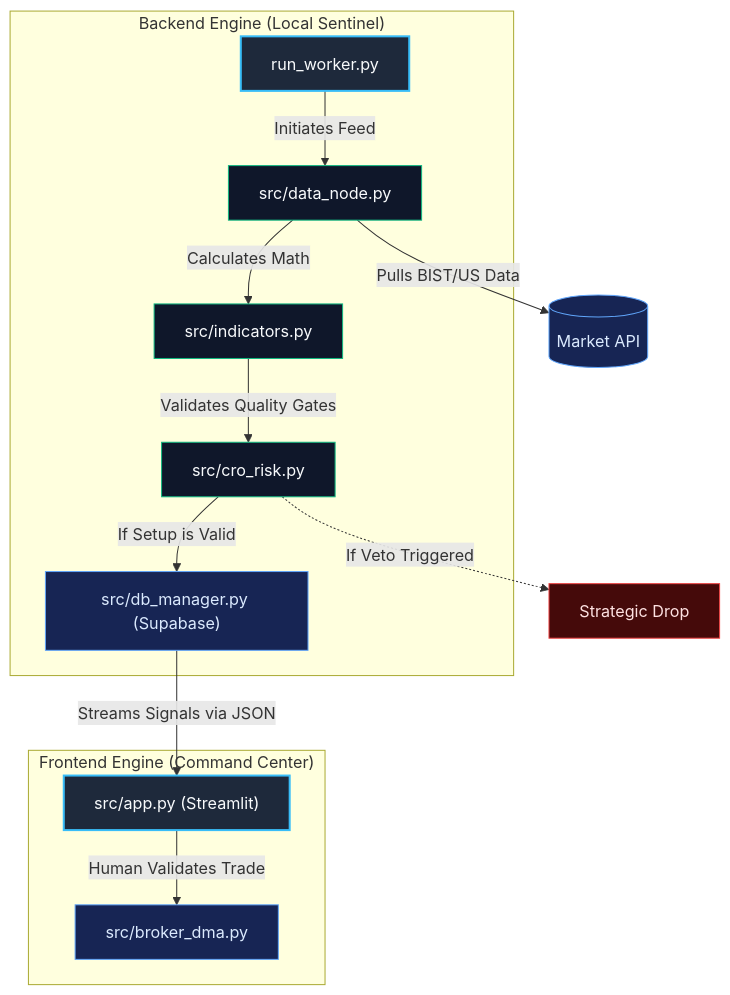
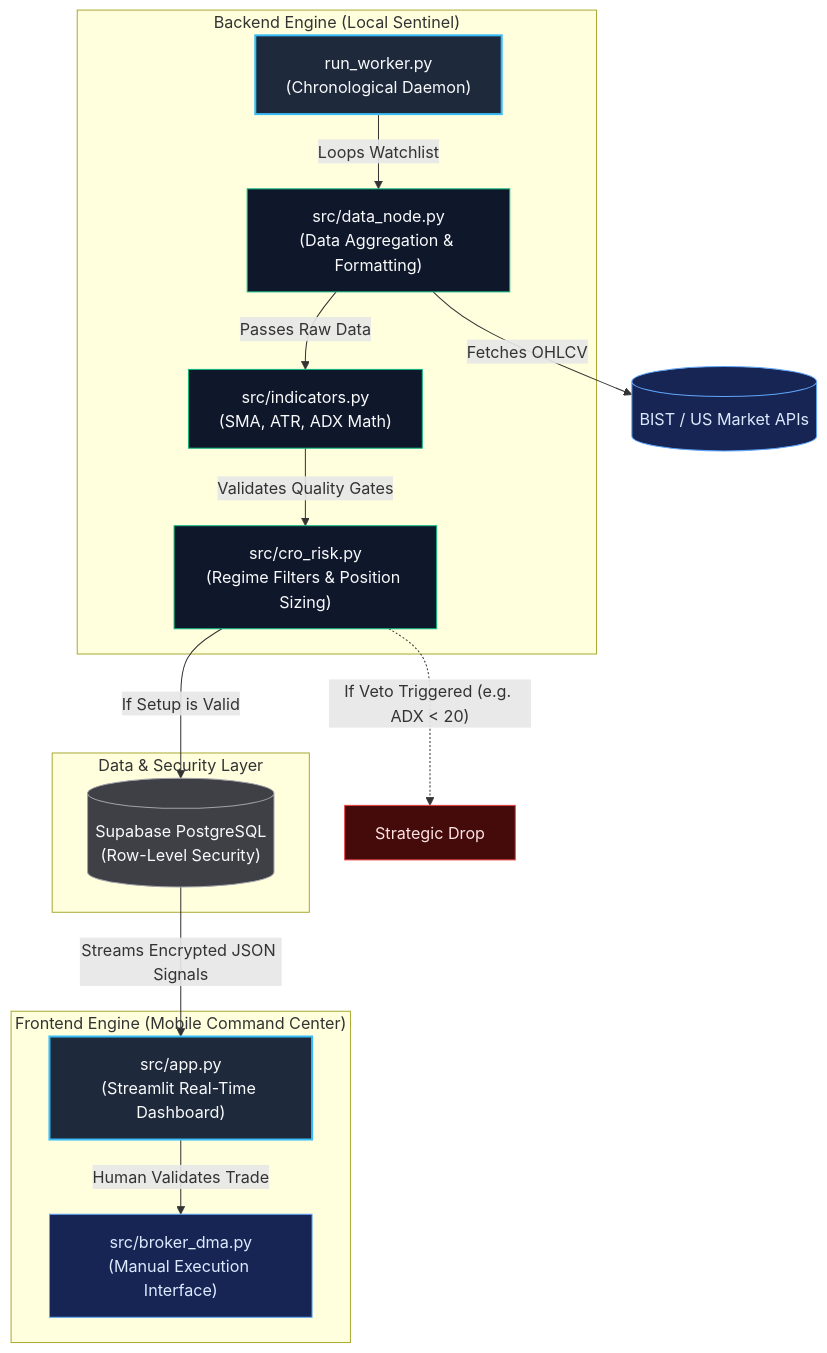
One commit to ragzur123-pixel/tradepanel changed the second of 2 diagrams in README.md. Above: the diagram before and after it, drawn with Mermaid. The commit also changed other lines of this file, not shown here.

Commit message:
docs: enrich architecture diagram and add security/roadmap sections

````diff
--- a/README.md
+++ b/README.md
@@ -48,31 +52,35 @@
 ```mermaid
 flowchart TD
   %% Styles
   classDef core fill:#1E293B,stroke:#38BDF8,stroke-width:2px,color:#F8FAFC
   classDef script fill:#0F172A,stroke:#10B981,stroke-width:1px,color:#F8FAFC
   classDef veto fill:#450A0A,stroke:#EF4444,stroke-width:1px,color:#FEE2E2
   classDef ext fill:#172554,stroke:#60A5FA,stroke-width:1px,color:#DBEAFE
+  classDef db fill:#3F3F46,stroke:#A1A1AA,stroke-width:1px,color:#F8FAFC
 
   subgraph "Backend Engine (Local Sentinel)"
-    W["run_worker.py"]:::core
-    DN["src/data_node.py"]:::script
-    IND["src/indicators.py"]:::script
-    RM["src/cro_risk.py"]:::script
-    DB["src/db_manager.py (Supabase)"]:::ext
+    W["run_worker.py<br>(Chronological Daemon)"]:::core
+    DN["src/data_node.py<br>(Data Aggregation & Formatting)"]:::script
+    IND["src/indicators.py<br>(SMA, ATR, ADX Math)"]:::script
+    RM["src/cro_risk.py<br>(Regime Filters & Position Sizing)"]:::script
   end
 
-  subgraph "Frontend Engine (Command Center)"
-    APP["src/app.py (Streamlit)"]:::core
-    BDMA["src/broker_dma.py"]:::ext
+  subgraph "Data & Security Layer"
+    DB[("Supabase PostgreSQL<br>(Row-Level Security)")]:::db
+  end
+
+  subgraph "Frontend Engine (Mobile Command Center)"
+    APP["src/app.py<br>(Streamlit Real-Time Dashboard)"]:::core
+    BDMA["src/broker_dma.py<br>(Manual Execution Interface)"]:::ext
   end
   
-  W -->|"Initiates Feed"| DN
-  DN -->|"Pulls BIST/US Data"| BIST[("Market API")]:::ext
-  DN -->|"Calculates Math"| IND
+  W -->|"Loops Watchlist"| DN
+  DN -->|"Fetches OHLCV"| BIST[("BIST / US Market APIs")]:::ext
+  DN -->|"Passes Raw Data"| IND
   IND -->|"Validates Quality Gates"| RM
-  RM -.->|"If Veto Triggered"| DROP["Strategic Drop"]:::veto
+  RM -.->|"If Veto Triggered (e.g. ADX < 20)"| DROP["Strategic Drop"]:::veto
   RM -->|"If Setup is Valid"| DB
   
-  DB -->|"Streams Signals via JSON"| APP
+  DB -->|"Streams Encrypted JSON Signals"| APP
   APP -->|"Human Validates Trade"| BDMA
 ```
````
